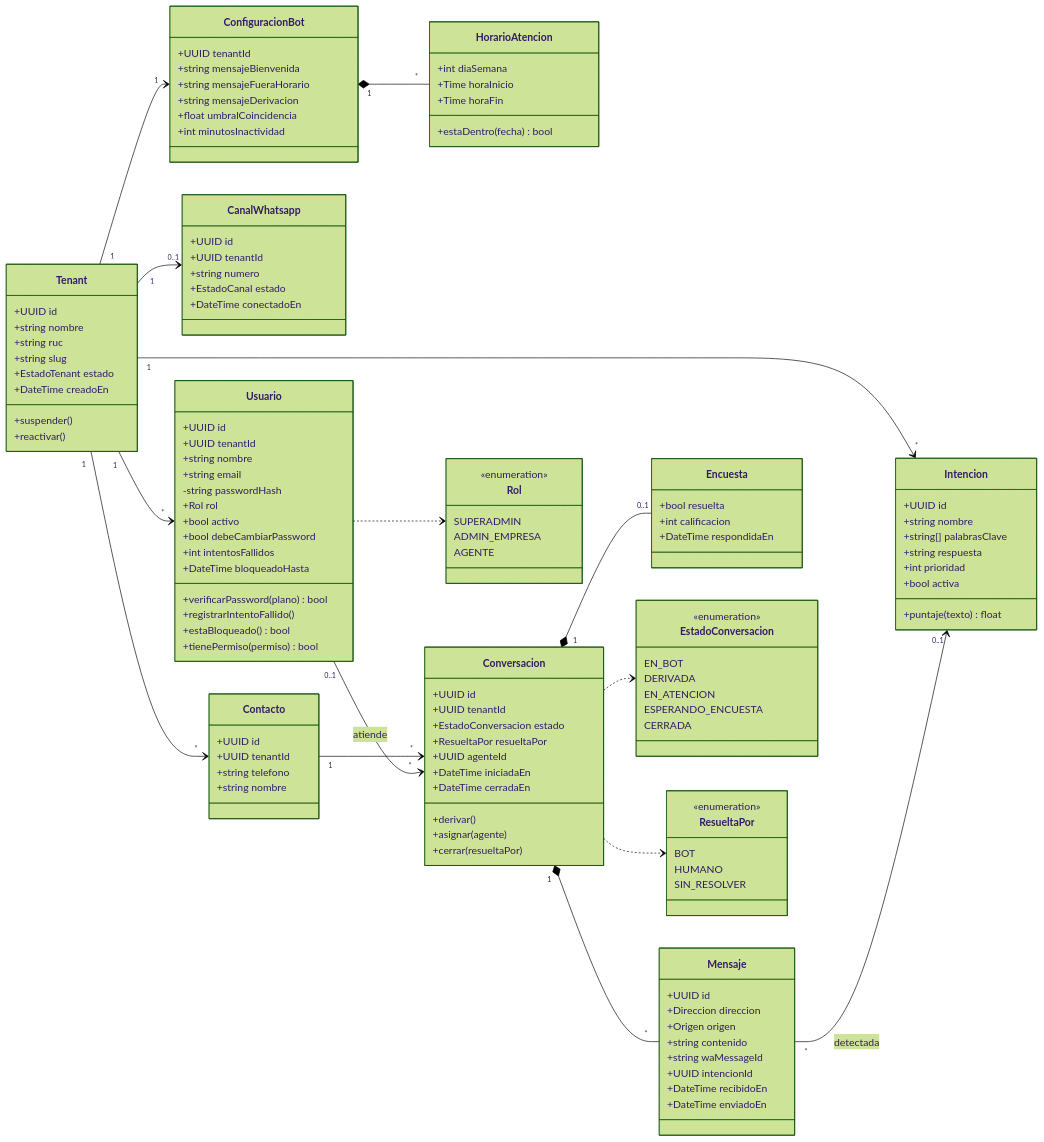
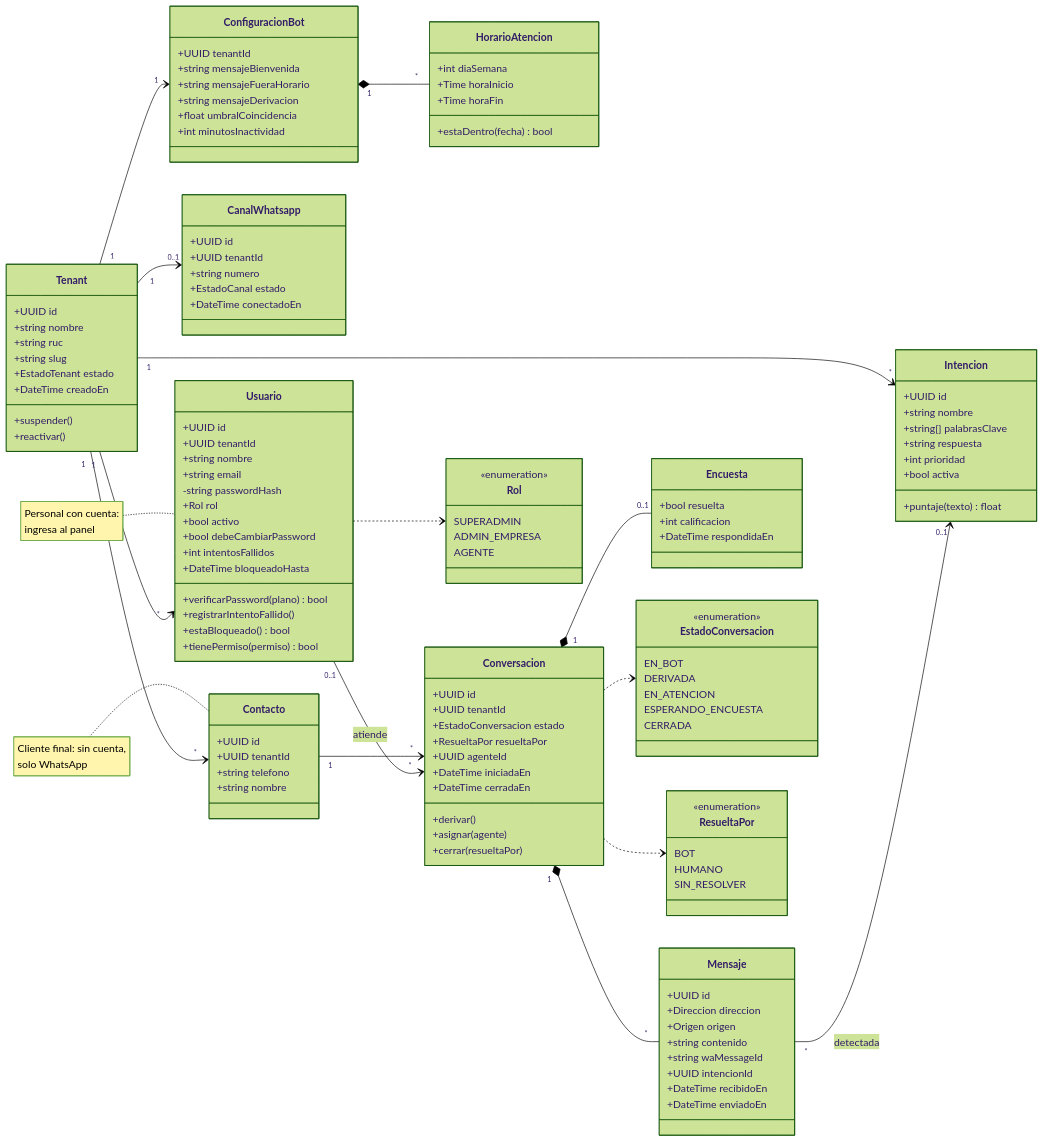
Before and after one commit to GerardoGM14/app-tesis-chatbot: the diagram in docs/02-uml/estructura/clases-dominio.md, drawn with Mermaid (forest theme). The commit also changed other lines of this file and 28 other files, not shown here.

Commit message:
docs: casos de uso, secuencias y modelo de datos con personal con cuenta

````diff
--- a/docs/02-uml/estructura/clases-dominio.md
+++ b/docs/02-uml/estructura/clases-dominio.md
@@ -140,6 +140,8 @@
   Usuario "0..1" --> "*" Conversacion : atiende
   Mensaje "*" --> "0..1" Intencion : detectada
   Usuario ..> Rol
+  note for Usuario "Personal con cuenta:<br/>ingresa al panel"
+  note for Contacto "Cliente final: sin cuenta,<br/>solo WhatsApp"
   Conversacion ..> EstadoConversacion
   Conversacion ..> ResueltaPor
 ```
````
